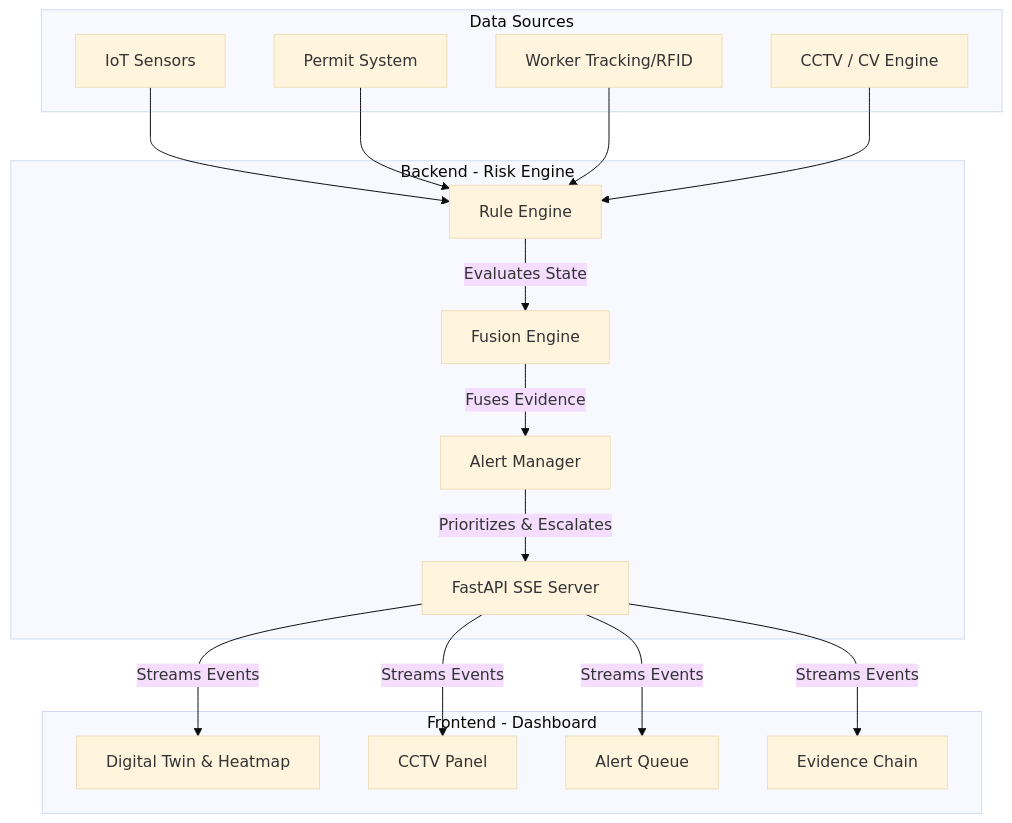
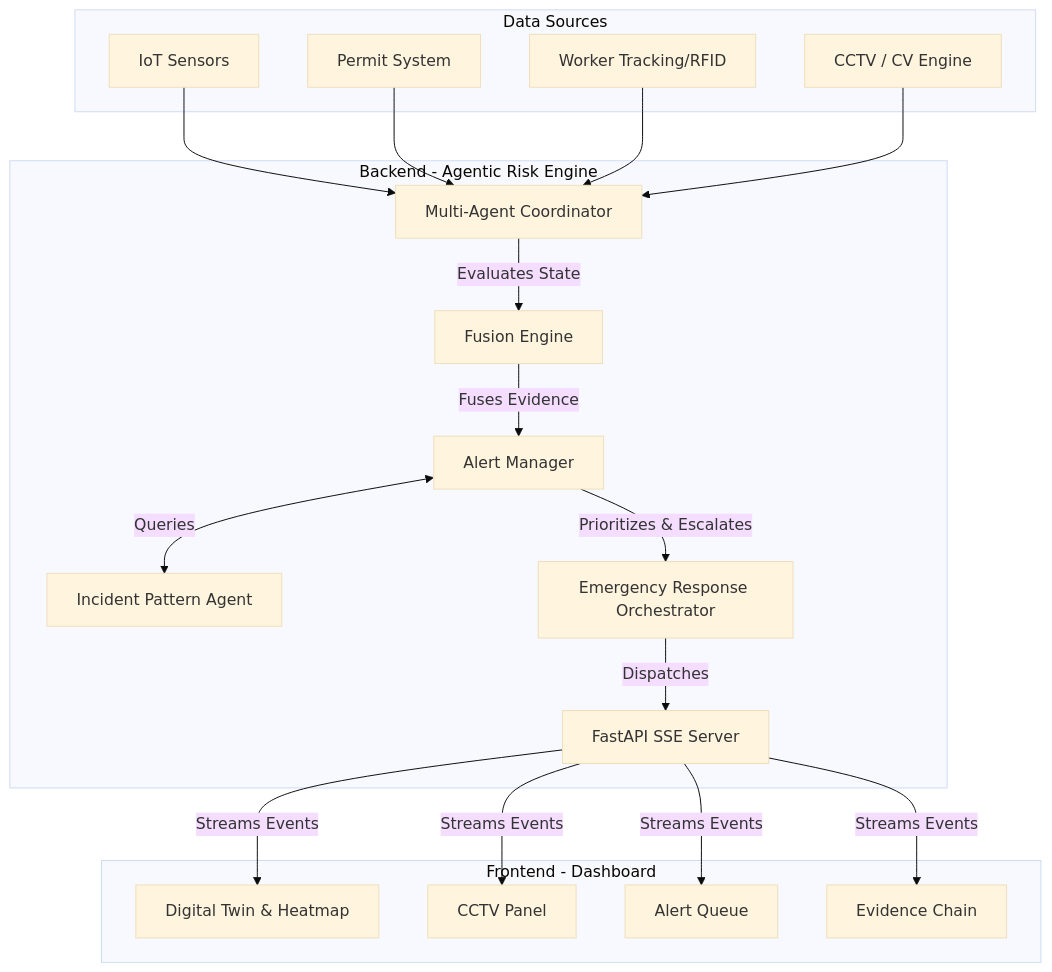
One commit to Mahatva777/IndusIntel-AI changed the first of 3 diagrams in README.md. Above: the diagram before and after it, drawn with Mermaid (base theme). The commit also changed other lines of this file, not shown here.

Commit message:
System Architecture Update

````diff
--- a/README.md
+++ b/README.md
@@ -20,37 +19,41 @@
 ```mermaid
 graph TD
     subgraph Data Sources
         S[IoT Sensors]
         P[Permit System]
         W[Worker Tracking/RFID]
         CV[CCTV / CV Engine]
     end
 
-    subgraph Backend - Risk Engine
-        RE[Rule Engine]
+    subgraph Backend - Agentic Risk Engine
+        RE[Multi-Agent Coordinator]
         FE[Fusion Engine]
         AM[Alert Manager]
+        RAG[Incident Pattern Agent]
+        ERO[Emergency Response Orchestrator]
         SSE[FastAPI SSE Server]
         
         RE -->|"Evaluates State"| FE
         FE -->|"Fuses Evidence"| AM
-        AM -->|"Prioritizes & Escalates"| SSE
+        AM <-->|"Queries"| RAG
+        AM -->|"Prioritizes & Escalates"| ERO
+        ERO -->|"Dispatches"| SSE
     end
 
     subgraph Frontend - Dashboard
         DT[Digital Twin & Heatmap]
         CCTV[CCTV Panel]
         AQ[Alert Queue]
         EC[Evidence Chain]
         
         SSE -->|"Streams Events"| DT
         SSE -->|"Streams Events"| CCTV
         SSE -->|"Streams Events"| AQ
         SSE -->|"Streams Events"| EC
     end
 
     S --> RE
     P --> RE
     W --> RE
     CV --> RE
 ```
````
